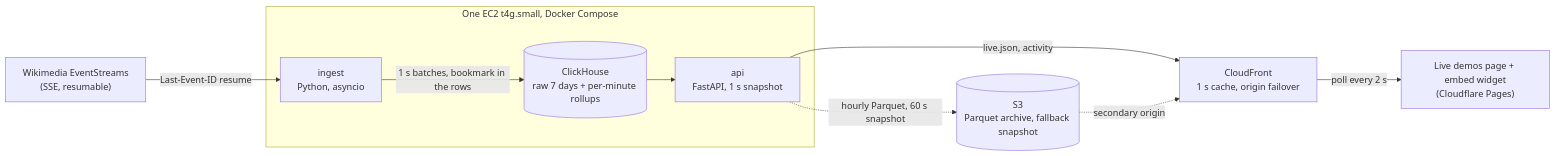
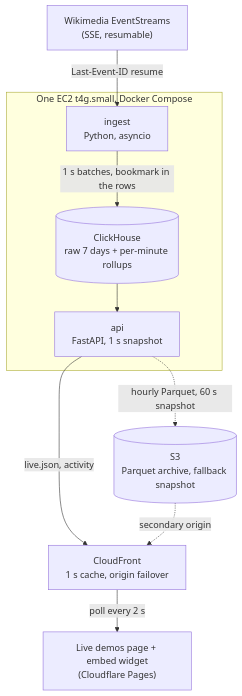
One commit to Divine-Hope/portfolio-live-demos changed the diagram in docs/architecture.md. Above: the diagram before and after it, drawn with Mermaid. The commit also changed 1 other file, not shown here.

Commit message:
Stack the diagrams top to bottom so they're readable on GitHub, and add the CI badge

````diff
--- a/docs/architecture.md
+++ b/docs/architecture.md
@@ -26,22 +26,22 @@
 ```mermaid
-flowchart LR
+flowchart TB
     WM["Wikimedia EventStreams<br/>(SSE, resumable)"]
 
     subgraph EC2["One EC2 t4g.small, Docker Compose"]
         ING["ingest<br/>Python, asyncio"]
         CH[("ClickHouse<br/>raw 7 days + per-minute rollups")]
         API["api<br/>FastAPI, 1 s snapshot"]
     end
 
     S3[("S3<br/>Parquet archive, fallback snapshot")]
     CF["CloudFront<br/>1 s cache, origin failover"]
     PAGE["Live demos page + embed widget<br/>(Cloudflare Pages)"]
 
     WM -- "Last-Event-ID resume" --> ING
     ING -- "1 s batches, bookmark in the rows" --> CH
     CH --> API
     API -- "live.json, activity" --> CF
     API -. "hourly Parquet, 60 s snapshot" .-> S3
     S3 -. "secondary origin" .-> CF
     CF -- "poll every 2 s" --> PAGE
 ```
````
